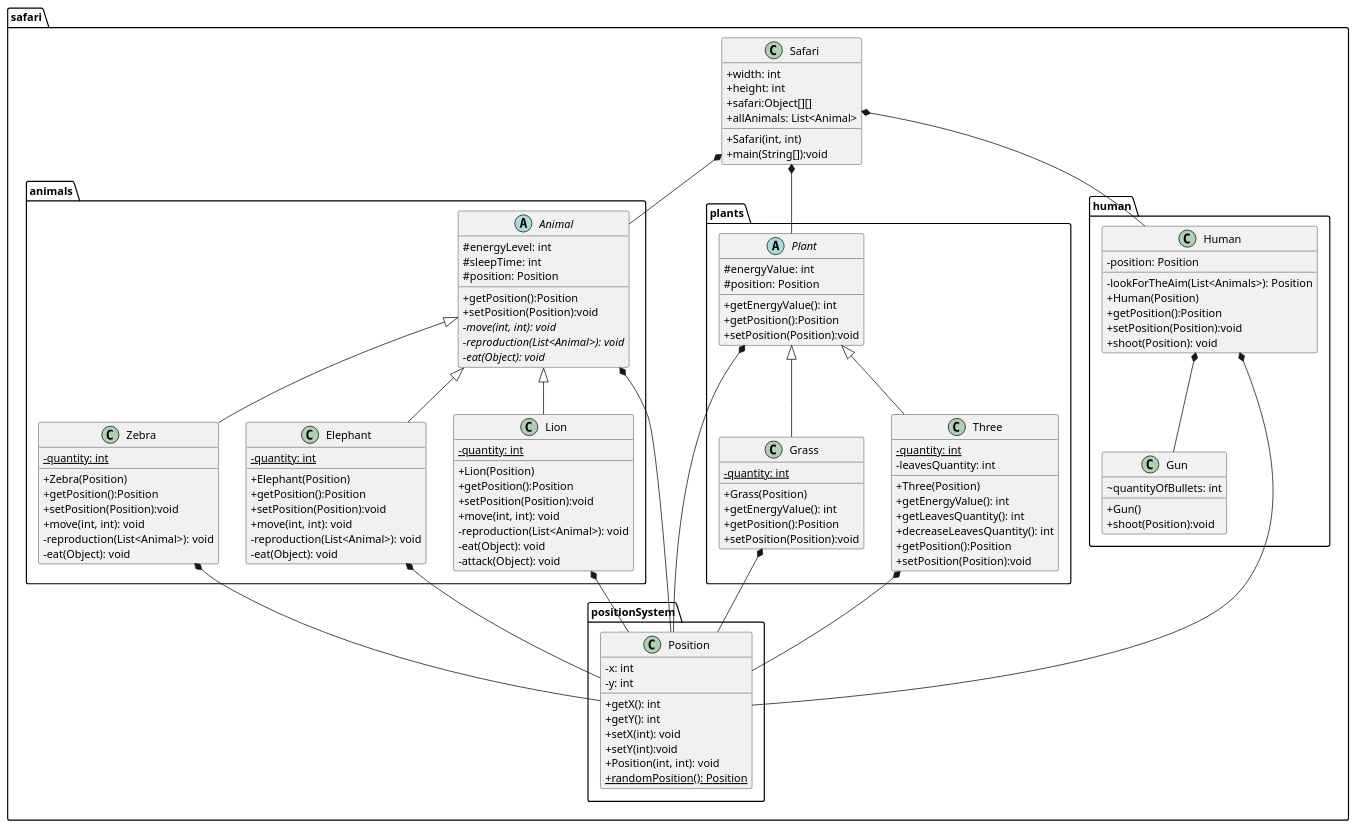
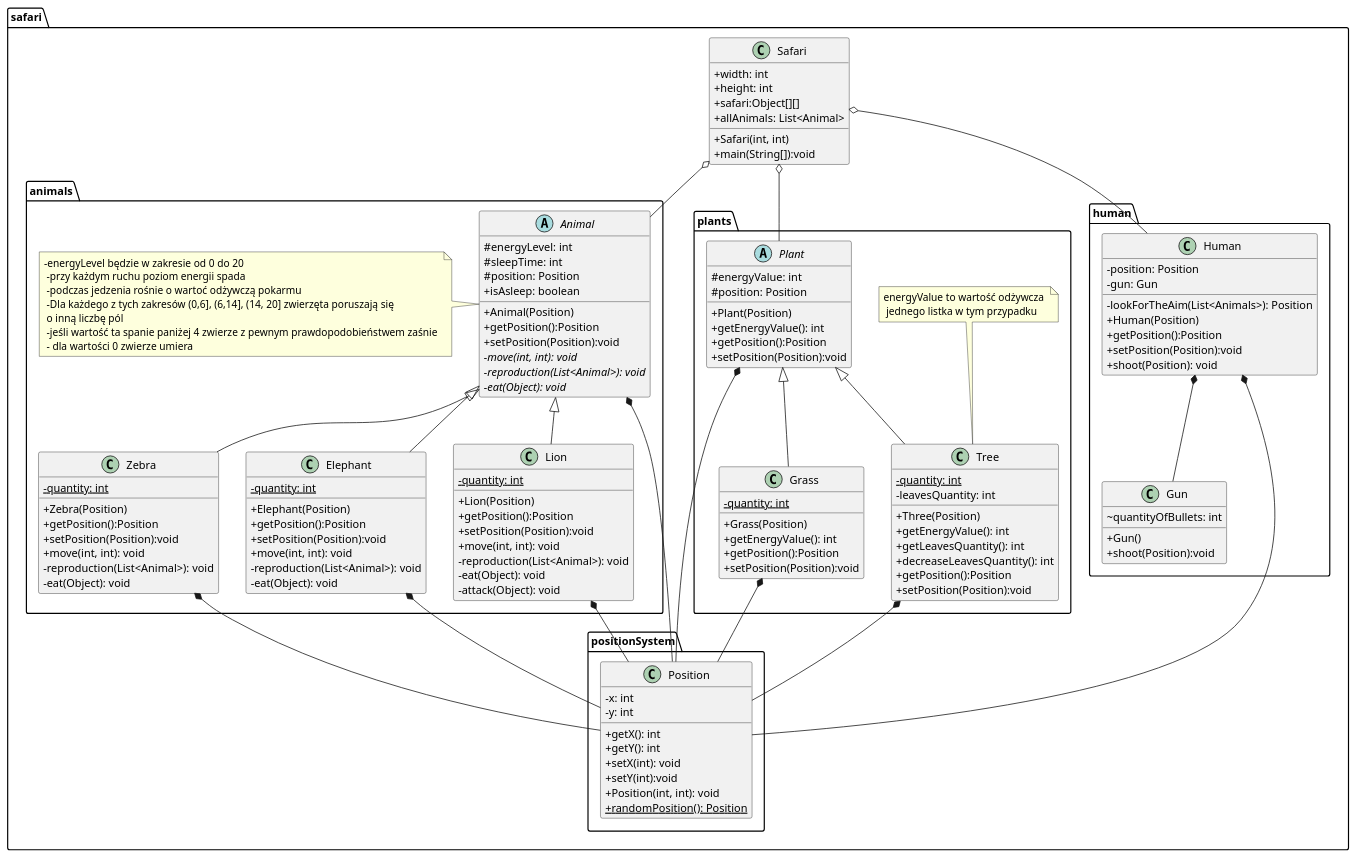
One commit to Karolina606/Safari changed the diagram in src/main/classDiagram.puml. Above: the diagram before and after it, drawn with PlantUML. The commit also changed 4 other files, not shown here.

Commit message:
add corrects to the diagrams

```diff
--- a/src/main/classDiagram.puml
+++ b/src/main/classDiagram.puml
@@ -1,132 +1,138 @@
 @startuml
 skinparam classAttributeIconSize 0
 
 package safari.animals{
     abstract class Animal{
         #energyLevel: int
         #sleepTime: int
         #position: Position
+        +isAsleep: boolean
+        +Animal(Position)
         +getPosition():Position
         +setPosition(Position):void
         -{abstract}move(int, int): void
         -{abstract}reproduction(List<Animal>): void
         -{abstract}eat(Object): void
     }
+    note left of Animal:-energyLevel będzie w zakresie od 0 do 20 \n -przy każdym ruchu poziom energii spada \n -podczas jedzenia rośnie o wartoć odżywczą pokarmu \n -Dla każdego z tych zakresów (0,6], (6,14], (14, 20] zwierzęta poruszają się \n o inną liczbę pól \n -jeśli wartość ta spanie paniżej 4 zwierze z pewnym prawdopodobieństwem zaśnie \n - dla wartości 0 zwierze umiera
     class Zebra{
         -{static}quantity: int
         +Zebra(Position)
         +getPosition():Position
         +setPosition(Position):void
         +move(int, int): void
         -reproduction(List<Animal>): void
         -eat(Object): void
     }
     class Elephant{
         -{static}quantity: int
         +Elephant(Position)
         +getPosition():Position
         +setPosition(Position):void
         +move(int, int): void
         -reproduction(List<Animal>): void
         -eat(Object): void
     }
     class Lion{
         -{static}quantity: int
         +Lion(Position)
         +getPosition():Position
         +setPosition(Position):void
         +move(int, int): void
         -reproduction(List<Animal>): void
         -eat(Object): void
         -attack(Object): void
     }
 
     Animal <|-- Zebra
     Animal <|-- Elephant
     Animal <|-- Lion
 }
 package safari.plants{
     abstract class Plant{
         #energyValue: int
         #position: Position
+        +Plant(Position)
         +getEnergyValue(): int
         +getPosition():Position
         +setPosition(Position):void
     }
     class Grass{
         -{static}quantity: int
         +Grass(Position)
         +getEnergyValue(): int
         +getPosition():Position
         +setPosition(Position):void
     }
-    class Three{
+    class Tree{
         -{static}quantity: int
         -leavesQuantity: int
         +Three(Position)
         +getEnergyValue(): int
         +getLeavesQuantity(): int
         +decreaseLeavesQuantity(): int
         +getPosition():Position
         +setPosition(Position):void
     }
+    note top of Tree: energyValue to wartość odżywcza \n jednego listka w tym przypadku
 
     Plant <|-- Grass
-    Plant <|-- Three
+    Plant <|-- Tree
 }
 
 package safari.human{
     class Human{
         -position: Position
+        -gun: Gun
         -lookForTheAim(List<Animals>): Position
         +Human(Position)
         +getPosition():Position
         +setPosition(Position):void
         +shoot(Position): void
     }
     class Gun{
         ~quantityOfBullets: int
         +Gun()
         +shoot(Position):void
     }
     Human *-- Gun
 }
 
 package safari{
     class Safari{
         +width: int
         +height: int
         +safari:Object[][]
         +allAnimals: List<Animal>
         +Safari(int, int)
         +main(String[]):void
     }
 
-    Safari *-- Animal
-    Safari *-- Plant
-    Safari *-- Human
+    Safari o-- Animal
+    Safari o-- Plant
+    Safari o-- Human
 }
 package safari.positionSystem{
     class Position{
         -x: int
         -y: int
         +getX(): int
         +getY(): int
         +setX(int): void
         +setY(int):void
         +Position(int, int): void
         +{static}randomPosition(): Position
     }
 
     Animal *-- Position
     Zebra *-- Position
     Elephant *-- Position
     Lion *-- Position
 
     Plant *-- Position
     Grass *-- Position
-    Three *-- Position
+    Tree *-- Position
     Human *-- Position
 }
 
 @enduml
```
